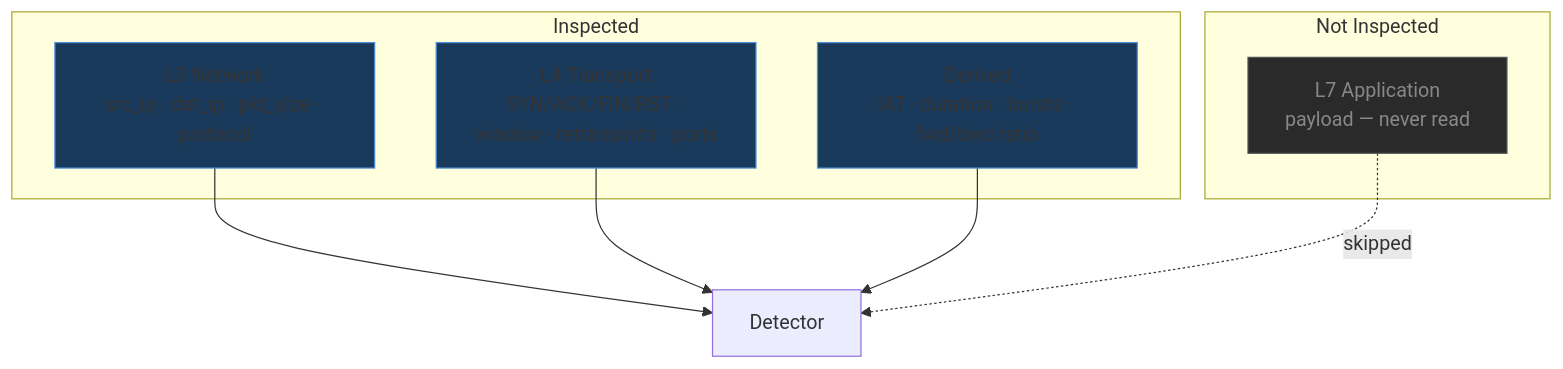
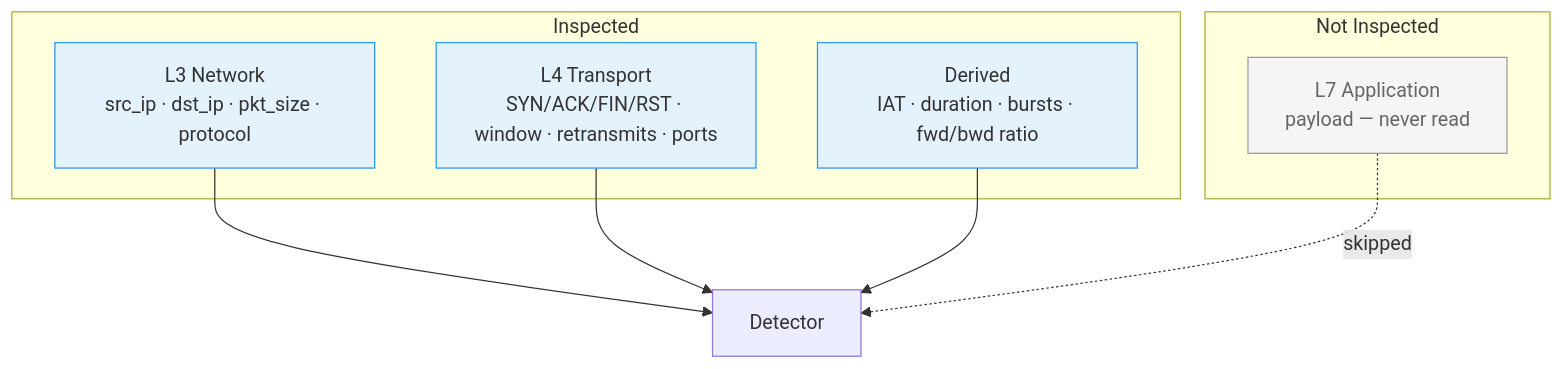
The third of 5 diagrams in README.md (Siddhesh-source/Detecting_Tcp_Attack), drawn with Mermaid before and after one commit. The commit also changed other lines of this file, not shown here.

````diff
--- a/README.md
+++ b/README.md
@@ -51,19 +51,19 @@
 ```mermaid
 graph TB
     subgraph Inspected
         L3[L3 Network<br/>src_ip · dst_ip · pkt_size · protocol]
         L4[L4 Transport<br/>SYN/ACK/FIN/RST · window · retransmits · ports]
         DER[Derived<br/>IAT · duration · bursts · fwd/bwd ratio]
     end
     subgraph Not Inspected
-        L7[L7 Application<br/> payload — never read]
+        L7[L7 Application<br/>payload — never read]
     end
     L3 --> DET[Detector]
     L4 --> DET
     DER --> DET
     L7 -.->|skipped| DET
-    style L7 fill:#2a2a2a,stroke:#555,color:#888
-    style DER fill:#1a3a5c,stroke:#4a90d9
-    style L4 fill:#1a3a5c,stroke:#4a90d9
-    style L3 fill:#1a3a5c,stroke:#4a90d9
+    style L7 fill:#f5f5f5,stroke:#999,color:#666
+    style DER fill:#e3f2fd,stroke:#2196f3
+    style L4 fill:#e3f2fd,stroke:#2196f3
+    style L3 fill:#e3f2fd,stroke:#2196f3
 ```
````
